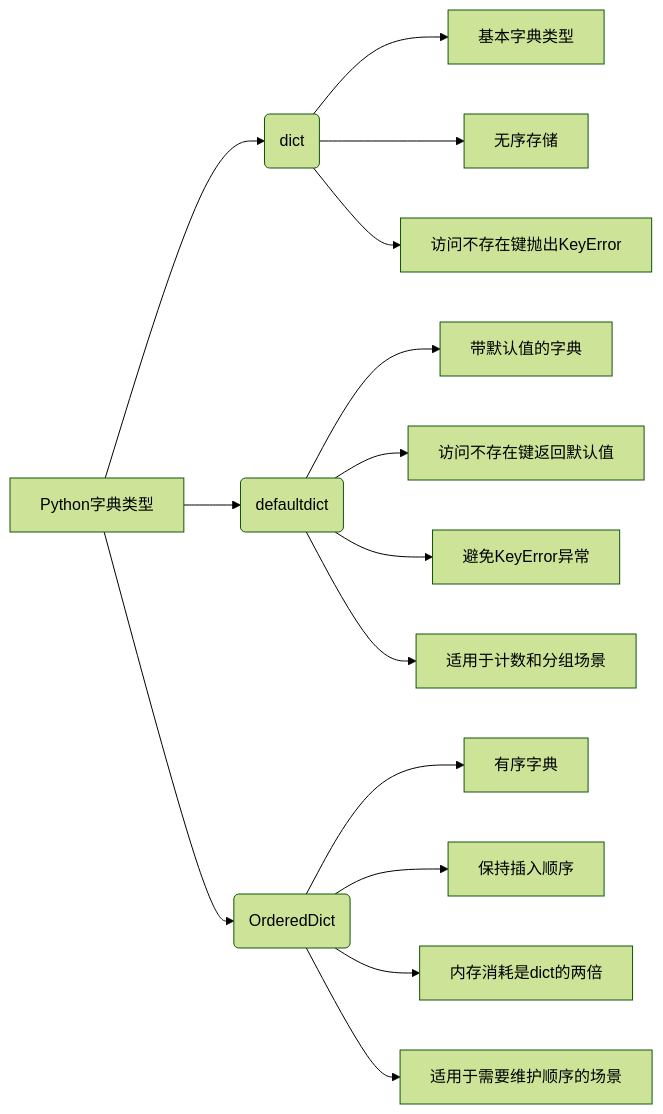
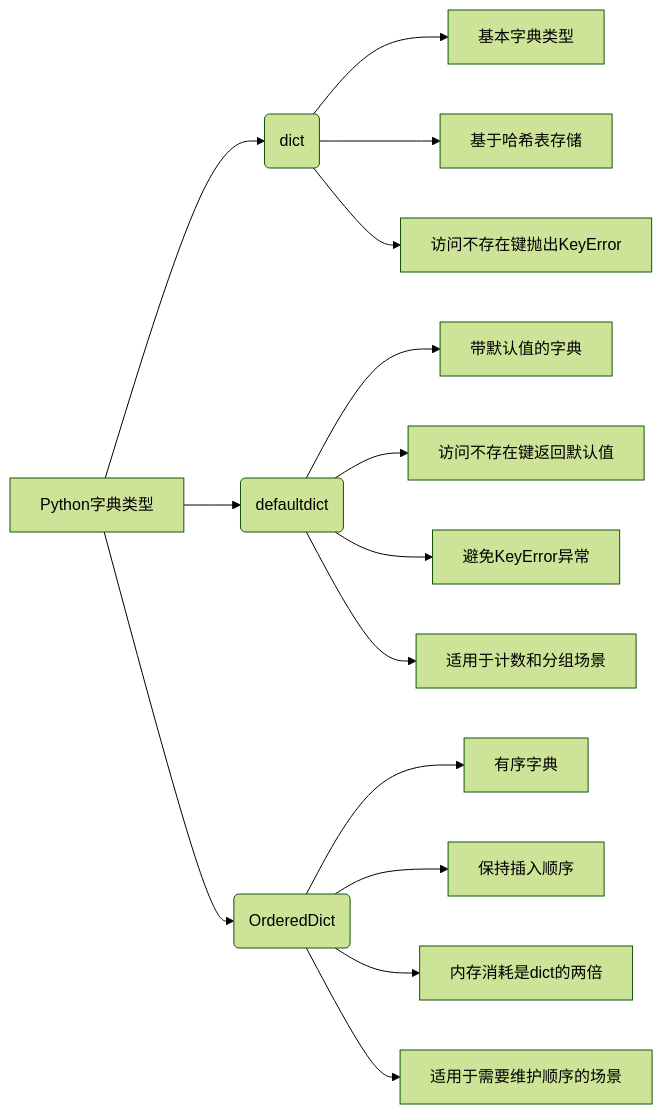
One commit to MuyuQ/MuyuQ.github.io changed the diagram in docs/Python/Python字典详解：dict、defaultdict与OrderedDict.md. Above: the diagram before and after it, drawn with Mermaid (forest theme). The commit also changed other lines of this file and 38 other files, not shown here.

````diff
--- a/docs/Python/Python字典详解：dict、defaultdict与OrderedDict.md
+++ b/docs/Python/Python字典详解：dict、defaultdict与OrderedDict.md
@@ -7,20 +7,20 @@
 ```mermaid
 graph LR
     A[Python字典类型] --> B(dict)
     A --> C(defaultdict)
     A --> D(OrderedDict)
     
     B --> B1[基本字典类型]
-    B --> B2[无序存储]
+    B --> B2[基于哈希表存储]
     B --> B3[访问不存在键抛出KeyError]
     
     C --> C1[带默认值的字典]
     C --> C2[访问不存在键返回默认值]
     C --> C3[避免KeyError异常]
     C --> C4[适用于计数和分组场景]
     
     D --> D1[有序字典]
     D --> D2[保持插入顺序]
     D --> D3[内存消耗是dict的两倍]
     D --> D4[适用于需要维护顺序的场景]
 ```
````
